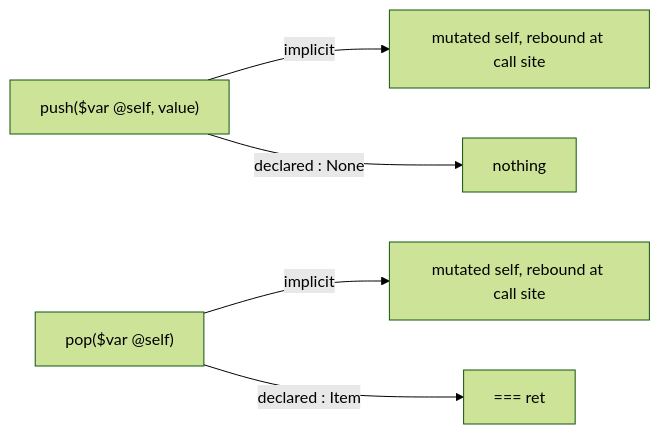
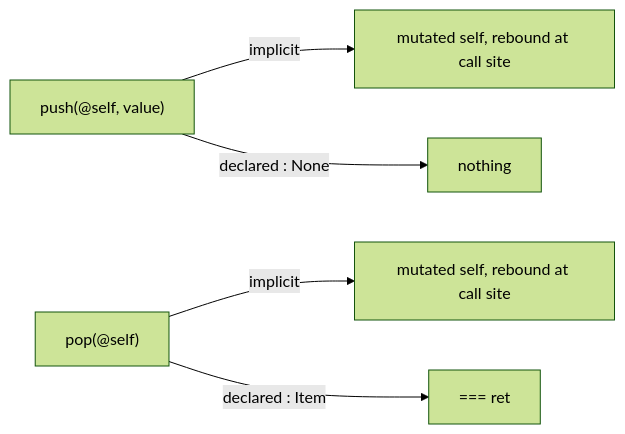
Before and after one commit to LMauricius/oura-examples: the diagram in README.md, drawn with Mermaid (forest theme). The commit also changed other lines of this file and 8 other files, not shown here.

````diff
--- a/README.md
+++ b/README.md
@@ -140,7 +158,7 @@
 ```mermaid
 flowchart LR
-    A["push($var @self, value)"] -->|"implicit"| B["mutated self, rebound at call site"]
+    A["push(@self, value)"] -->|"implicit"| B["mutated self, rebound at call site"]
     A -->|"declared : None"| C["nothing"]
-    D["pop($var @self)"] -->|"implicit"| E["mutated self, rebound at call site"]
+    D["pop(@self)"] -->|"implicit"| E["mutated self, rebound at call site"]
     D -->|"declared : Item"| F["=== ret"]
 ```
````
